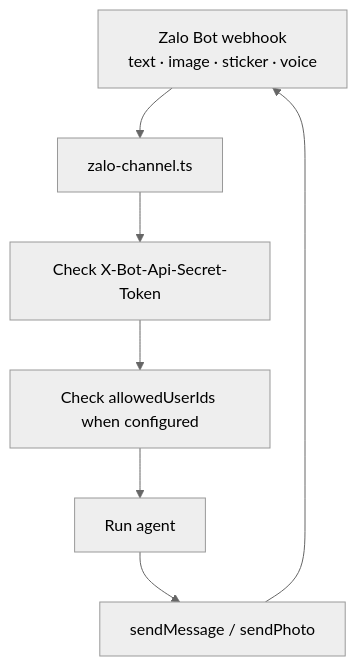
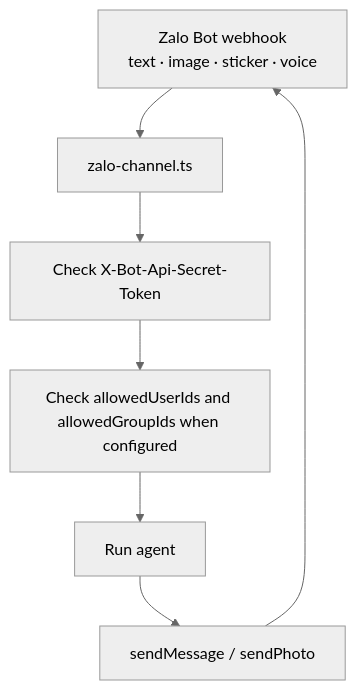
One commit to beeblastco/broods changed the diagram in apps/docs/docs/channels/zalo.md. Above: the diagram before and after it, drawn with Mermaid (neutral theme). The commit also changed other lines of this file and 10 other files, not shown here.

````diff
--- a/apps/docs/docs/channels/zalo.md
+++ b/apps/docs/docs/channels/zalo.md
@@ -55,9 +72,9 @@
 ```mermaid
 flowchart TD
   Zalo["Zalo Bot webhook<br/>text · image · sticker · voice"] --> Adapter["zalo-channel.ts"]
   Adapter --> Auth["Check X-Bot-Api-Secret-Token"]
-  Auth --> Allow["Check allowedUserIds when configured"]
+  Auth --> Allow["Check allowedUserIds and allowedGroupIds when configured"]
   Allow --> Agent["Run agent"]
   Agent --> Reply["sendMessage / sendPhoto"]
   Reply --> Zalo
 ```
````
